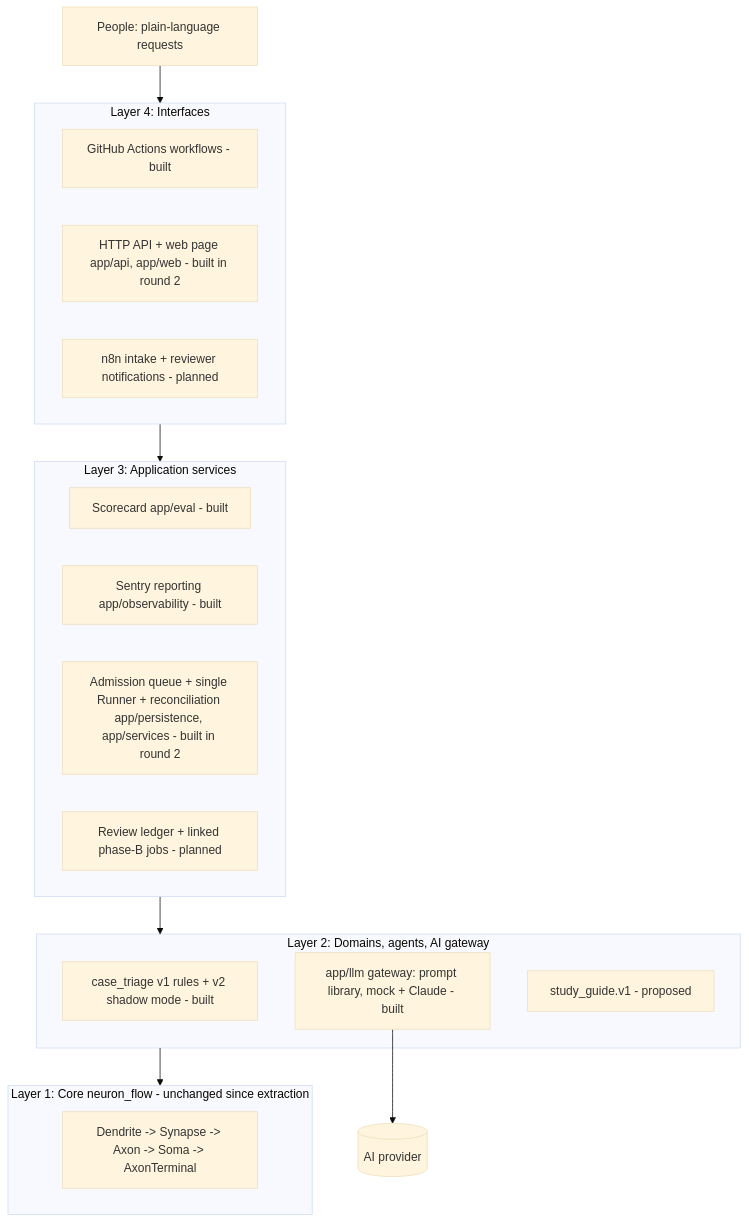
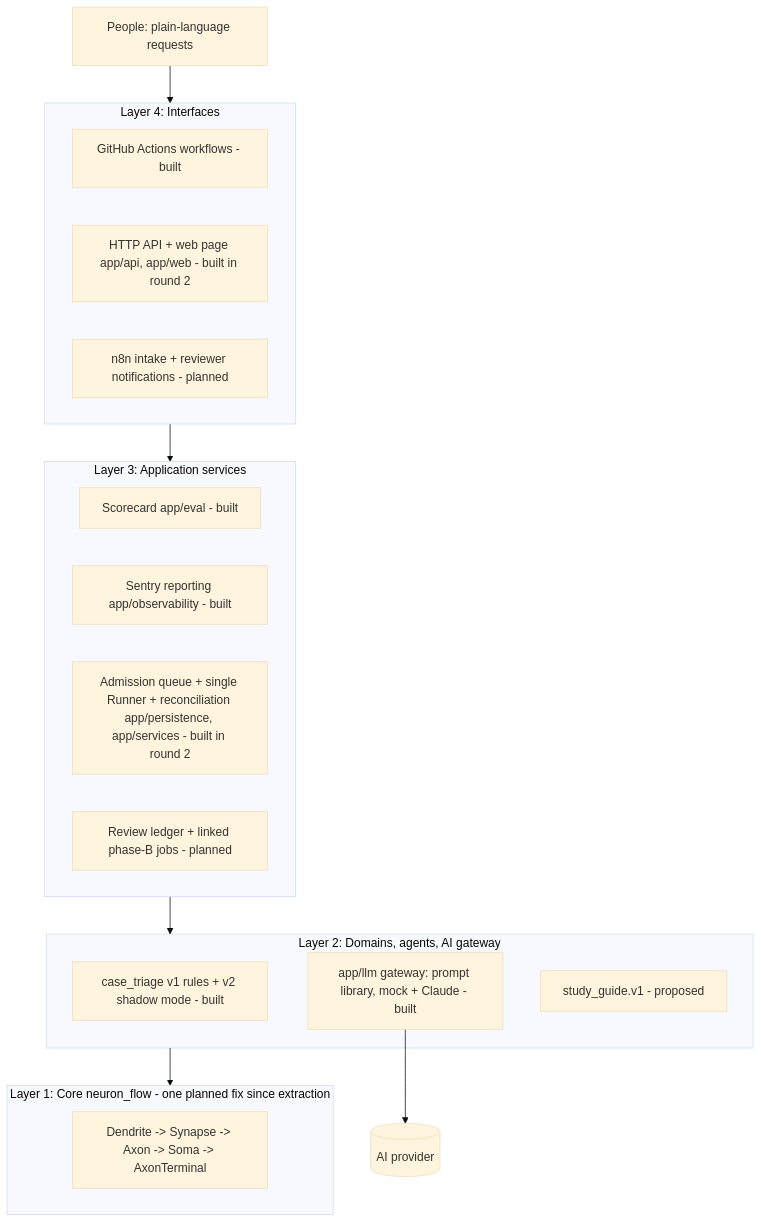
The diagram in docs/architecture.md (narongdetpyou-ux/System_Neuron_flow_AI), drawn with Mermaid (base theme) before and after one commit. The commit also changed other lines of this file and 9 other files, not shown here.

First line of the commit message:
Core: record telemetry phases by step id (roadmap 1.1)

````diff
--- a/docs/architecture.md
+++ b/docs/architecture.md
@@ -23,25 +23,25 @@
 ```mermaid
 flowchart TD
     U[People: plain-language requests] --> L4
     subgraph L4[Layer 4: Interfaces]
       GH[GitHub Actions workflows - built]
       API[HTTP API + web page app/api, app/web - built in round 2]
       N8N[n8n intake + reviewer notifications - planned]
     end
     subgraph L3[Layer 3: Application services]
       EV[Scorecard app/eval - built]
       OBS[Sentry reporting app/observability - built]
       Q[Admission queue + single Runner + reconciliation app/persistence, app/services - built in round 2]
       REV[Review ledger + linked phase-B jobs - planned]
     end
     subgraph L2[Layer 2: Domains, agents, AI gateway]
       TRI[case_triage v1 rules + v2 shadow mode - built]
       LLM[app/llm gateway: prompt library, mock + Claude - built]
       SG[study_guide.v1 - proposed]
     end
-    subgraph L1[Layer 1: Core neuron_flow - unchanged since extraction]
+    subgraph L1[Layer 1: Core neuron_flow - one planned fix since extraction]
       CORE[Dendrite -> Synapse -> Axon -> Soma -> AxonTerminal]
     end
     L4 --> L3 --> L2 --> L1
     LLM --> P[(AI provider)]
 ```
````
